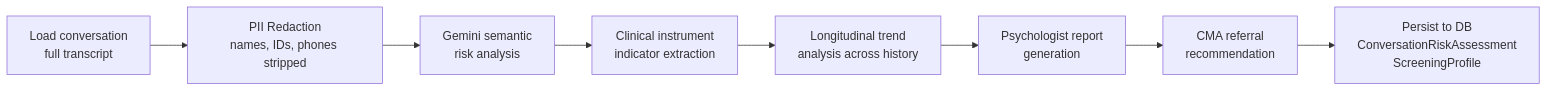
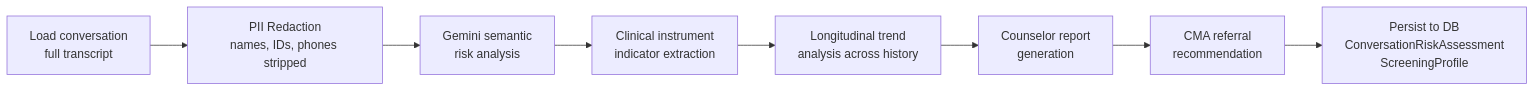
The fourth of 4 diagrams in docs-site/docs/architecture/safety-triage-agent.md (gigahidjrikaaa/UGM-AICare), drawn with Mermaid before and after one commit. The commit also changed other lines of this file and 349 other files, not shown here.

````diff
--- a/docs-site/docs/architecture/safety-triage-agent.md
+++ b/docs-site/docs/architecture/safety-triage-agent.md
@@ -140,10 +140,10 @@
 ```mermaid
 flowchart LR
  A[Load conversation\nfull transcript] --> B[PII Redaction\nnames, IDs, phones stripped]
  B --> C[Gemini semantic\nrisk analysis]
  C --> D[Clinical instrument\nindicator extraction]
  D --> E[Longitudinal trend\nanalysis across history]
- E --> F[Psychologist report\ngeneration]
+ E --> F[Counselor report\ngeneration]
  F --> G[CMA referral\nrecommendation]
  G --> H[Persist to DB\nConversationRiskAssessment\nScreeningProfile]
 ```
````
